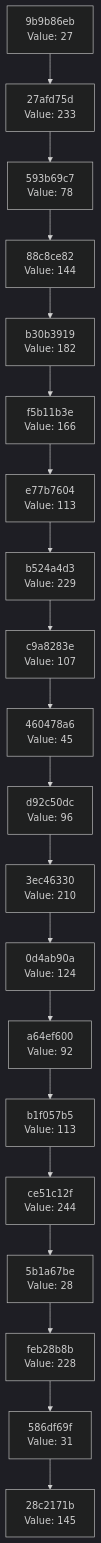
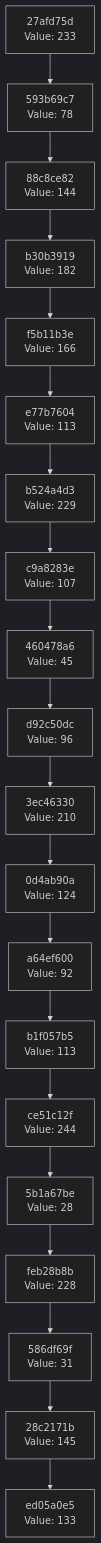
The diagram in docs/CHAIN_VISUALIZATION.md (Abhisheksinha1506/hash-chain-evolver), drawn with Mermaid (dark theme) before and after one commit. The commit also changed 3 other files, not shown here.

````diff
--- a/docs/CHAIN_VISUALIZATION.md
+++ b/docs/CHAIN_VISUALIZATION.md
@@ -3,42 +3,42 @@
 ```mermaid
 graph TD
-    C0["28c2171b<br/>Value: 145"]
-    C1["586df69f<br/>Value: 31"]
+    C0["ed05a0e5<br/>Value: 133"]
+    C1["28c2171b<br/>Value: 145"]
     C1 --> C0
-    C2["feb28b8b<br/>Value: 228"]
+    C2["586df69f<br/>Value: 31"]
     C2 --> C1
-    C3["5b1a67be<br/>Value: 28"]
+    C3["feb28b8b<br/>Value: 228"]
     C3 --> C2
-    C4["ce51c12f<br/>Value: 244"]
+    C4["5b1a67be<br/>Value: 28"]
     C4 --> C3
-    C5["b1f057b5<br/>Value: 113"]
+    C5["ce51c12f<br/>Value: 244"]
     C5 --> C4
-    C6["a64ef600<br/>Value: 92"]
+    C6["b1f057b5<br/>Value: 113"]
     C6 --> C5
-    C7["0d4ab90a<br/>Value: 124"]
+    C7["a64ef600<br/>Value: 92"]
     C7 --> C6
-    C8["3ec46330<br/>Value: 210"]
+    C8["0d4ab90a<br/>Value: 124"]
     C8 --> C7
-    C9["d92c50dc<br/>Value: 96"]
+    C9["3ec46330<br/>Value: 210"]
     C9 --> C8
-    C10["460478a6<br/>Value: 45"]
+    C10["d92c50dc<br/>Value: 96"]
     C10 --> C9
-    C11["c9a8283e<br/>Value: 107"]
+    C11["460478a6<br/>Value: 45"]
     C11 --> C10
-    C12["b524a4d3<br/>Value: 229"]
+    C12["c9a8283e<br/>Value: 107"]
     C12 --> C11
-    C13["e77b7604<br/>Value: 113"]
+    C13["b524a4d3<br/>Value: 229"]
     C13 --> C12
-    C14["f5b11b3e<br/>Value: 166"]
+    C14["e77b7604<br/>Value: 113"]
     C14 --> C13
-    C15["b30b3919<br/>Value: 182"]
+    C15["f5b11b3e<br/>Value: 166"]
     C15 --> C14
-    C16["88c8ce82<br/>Value: 144"]
+    C16["b30b3919<br/>Value: 182"]
     C16 --> C15
-    C17["593b69c7<br/>Value: 78"]
+    C17["88c8ce82<br/>Value: 144"]
     C17 --> C16
-    C18["27afd75d<br/>Value: 233"]
+    C18["593b69c7<br/>Value: 78"]
     C18 --> C17
-    C19["9b9b86eb<br/>Value: 27"]
+    C19["27afd75d<br/>Value: 233"]
     C19 --> C18
 ```
````
